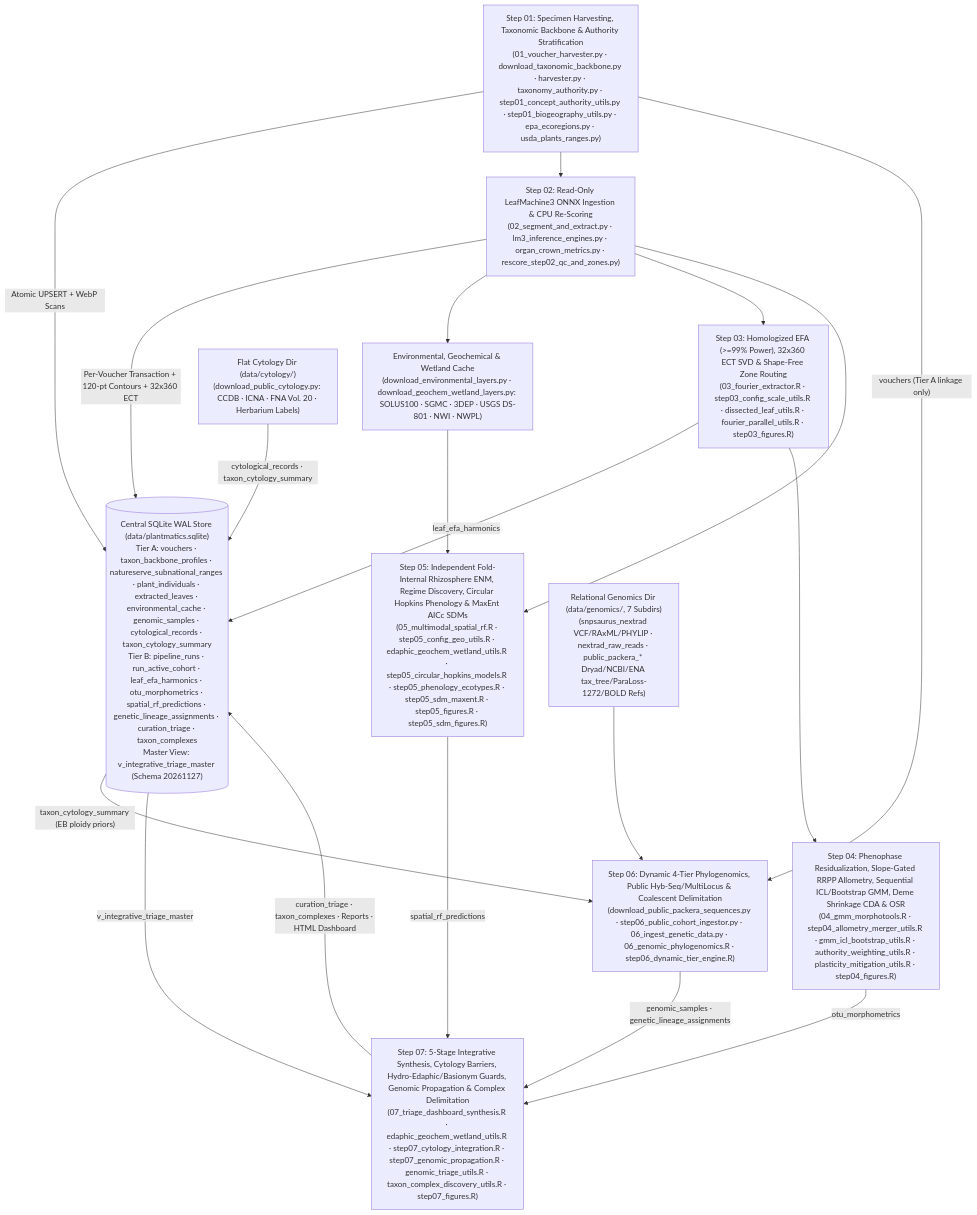
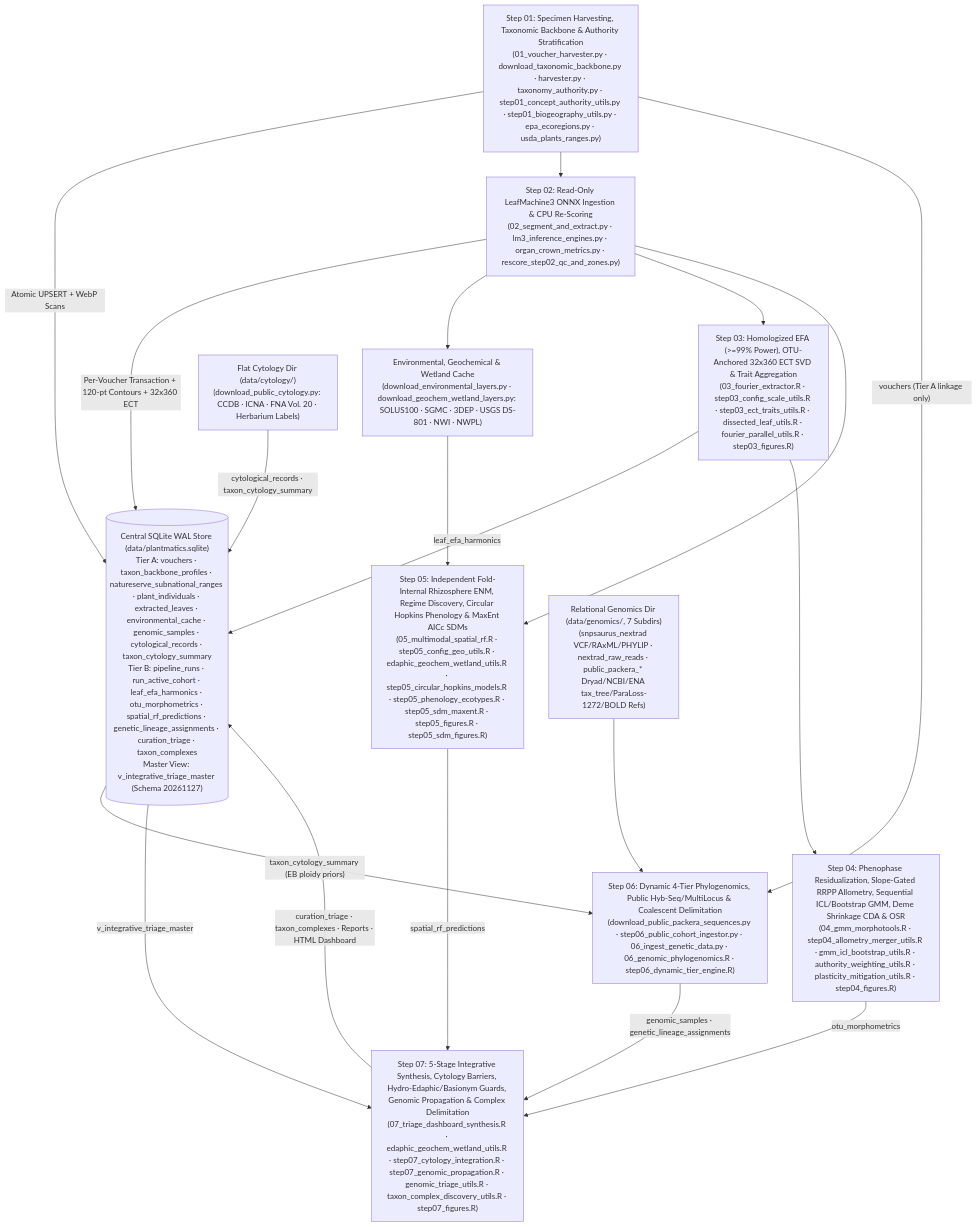
The diagram in README.md (Plantatsrophe/Plantmatics), drawn with Mermaid before and after one commit. The commit also changed other lines of this file and 17 other files, not shown here.

Commit message:
refactor: add step03 ect traits utility and taxonomic clarity tests for morphometrics pipeline

````diff
--- a/README.md
+++ b/README.md
@@ -31,23 +31,23 @@
 ```mermaid
 flowchart TD
     DB[("Central SQLite WAL Store (data/plantmatics.sqlite)\nTier A: vouchers · taxon_backbone_profiles · natureserve_subnational_ranges · plant_individuals · extracted_leaves · environmental_cache · genomic_samples · cytological_records · taxon_cytology_summary\nTier B: pipeline_runs · run_active_cohort · leaf_efa_harmonics · otu_morphometrics · spatial_rf_predictions · genetic_lineage_assignments · curation_triage · taxon_complexes\nMaster View: v_integrative_triage_master (Schema 20261127)")]
 
     S1["Step 01: Specimen Harvesting, Taxonomic Backbone & Authority Stratification\n(01_voucher_harvester.py · download_taxonomic_backbone.py · harvester.py · taxonomy_authority.py · step01_concept_authority_utils.py · step01_biogeography_utils.py · epa_ecoregions.py · usda_plants_ranges.py)"] -->|"Atomic UPSERT + WebP Scans"| DB
     S1 --> S2["Step 02: Read-Only LeafMachine3 ONNX Ingestion & CPU Re-Scoring\n(02_segment_and_extract.py · lm3_inference_engines.py · organ_crown_metrics.py · rescore_step02_qc_and_zones.py)"]
     S2 -->|"Per-Voucher Transaction + 120-pt Contours + 32x360 ECT"| DB
     S2 --> E0["Environmental, Geochemical & Wetland Cache\n(download_environmental_layers.py · download_geochem_wetland_layers.py: SOLUS100 · SGMC · 3DEP · USGS DS-801 · NWI · NWPL)"]
-    S2 --> S3["Step 03: Homologized EFA (>=99% Power), 32x360 ECT SVD & Shape-Free Zone Routing\n(03_fourier_extractor.R · step03_config_scale_utils.R · dissected_leaf_utils.R · fourier_parallel_utils.R · step03_figures.R)"]
+    S2 --> S3["Step 03: Homologized EFA (>=99% Power), OTU-Anchored 32x360 ECT SVD & Trait Aggregation\n(03_fourier_extractor.R · step03_config_scale_utils.R · step03_ect_traits_utils.R · dissected_leaf_utils.R · fourier_parallel_utils.R · step03_figures.R)"]
     S3 -->|"leaf_efa_harmonics"| DB
     S3 --> S4["Step 04: Phenophase Residualization, Slope-Gated RRPP Allometry, Sequential ICL/Bootstrap GMM, Deme Shrinkage CDA & OSR\n(04_gmm_morphotools.R · step04_allometry_merger_utils.R · gmm_icl_bootstrap_utils.R · authority_weighting_utils.R · plasticity_mitigation_utils.R · step04_figures.R)"]
     S4 -->|"otu_morphometrics"| S7
     S2 --> S5["Step 05: Independent Fold-Internal Rhizosphere ENM, Regime Discovery, Circular Hopkins Phenology & MaxEnt AICc SDMs\n(05_multimodal_spatial_rf.R · step05_config_geo_utils.R · edaphic_geochem_wetland_utils.R · step05_circular_hopkins_models.R · step05_phenology_ecotypes.R · step05_sdm_maxent.R · step05_figures.R · step05_sdm_figures.R)"]
     E0 --> S5
     S5 -->|"spatial_rf_predictions"| S7
     G0["Relational Genomics Dir (data/genomics/, 7 Subdirs)\n(snpsaurus_nextrad VCF/RAxML/PHYLIP · nextrad_raw_reads · public_packera_* Dryad/NCBI/ENA tax_tree/ParaLoss-1272/BOLD Refs)"] --> S6["Step 06: Dynamic 4-Tier Phylogenomics, Public Hyb-Seq/MultiLocus & Coalescent Delimitation\n(download_public_packera_sequences.py · step06_public_cohort_ingestor.py · 06_ingest_genetic_data.py · 06_genomic_phylogenomics.R · step06_dynamic_tier_engine.R)"]
     S1 -->|"vouchers (Tier A linkage only)"| S6
     S6 -->|"genomic_samples · genetic_lineage_assignments"| S7
     C0["Flat Cytology Dir (data/cytology/)\n(download_public_cytology.py: CCDB · ICNA · FNA Vol. 20 · Herbarium Labels)"] -->|"cytological_records · taxon_cytology_summary"| DB
     DB -->|"taxon_cytology_summary (EB ploidy priors)"| S6
     DB -->|"v_integrative_triage_master"| S7["Step 07: 5-Stage Integrative Synthesis, Cytology Barriers, Hydro-Edaphic/Basionym Guards, Genomic Propagation & Complex Delimitation\n(07_triage_dashboard_synthesis.R · edaphic_geochem_wetland_utils.R · step07_cytology_integration.R · step07_genomic_propagation.R · genomic_triage_utils.R · taxon_complex_discovery_utils.R · step07_figures.R)"]
     S7 -->|"curation_triage · taxon_complexes · Reports · HTML Dashboard"| DB
 ```
````
